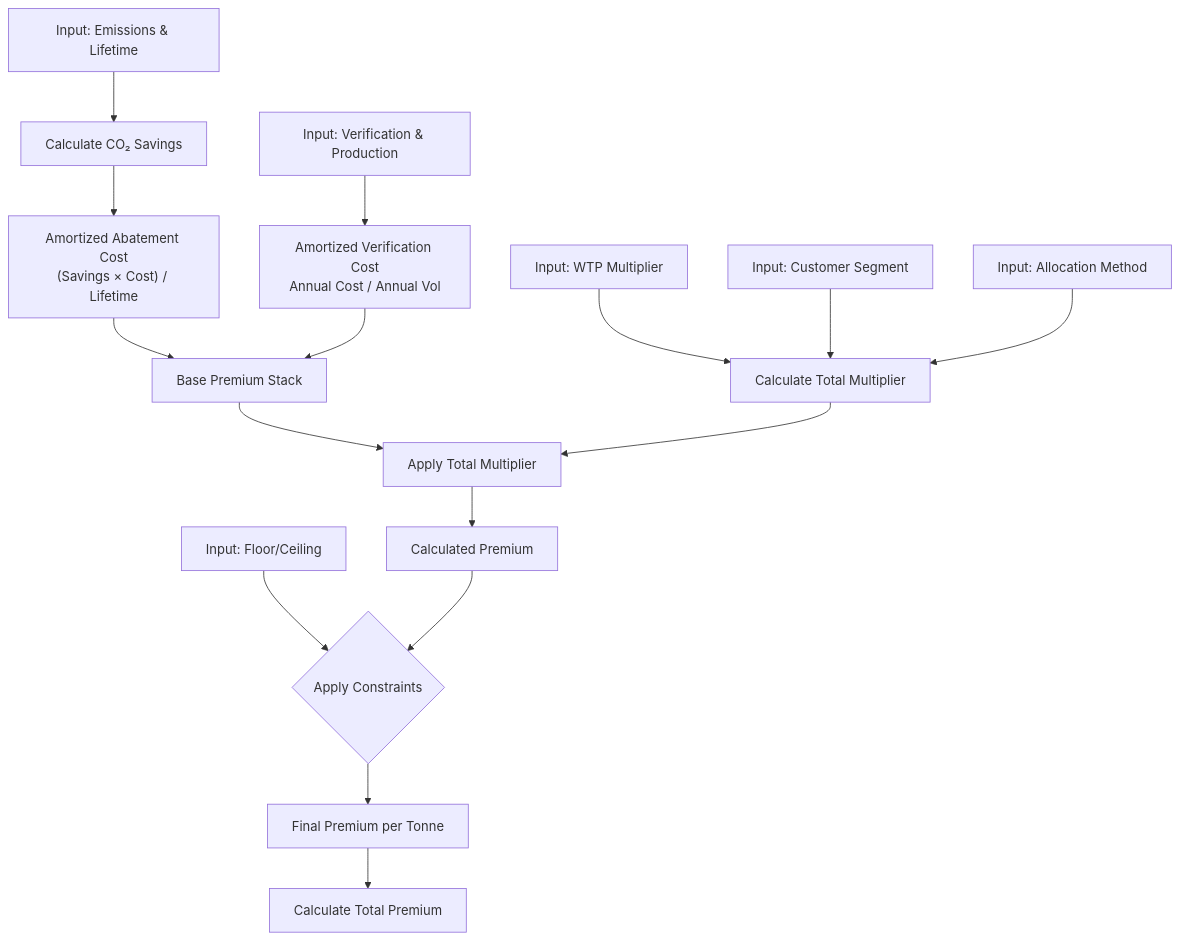
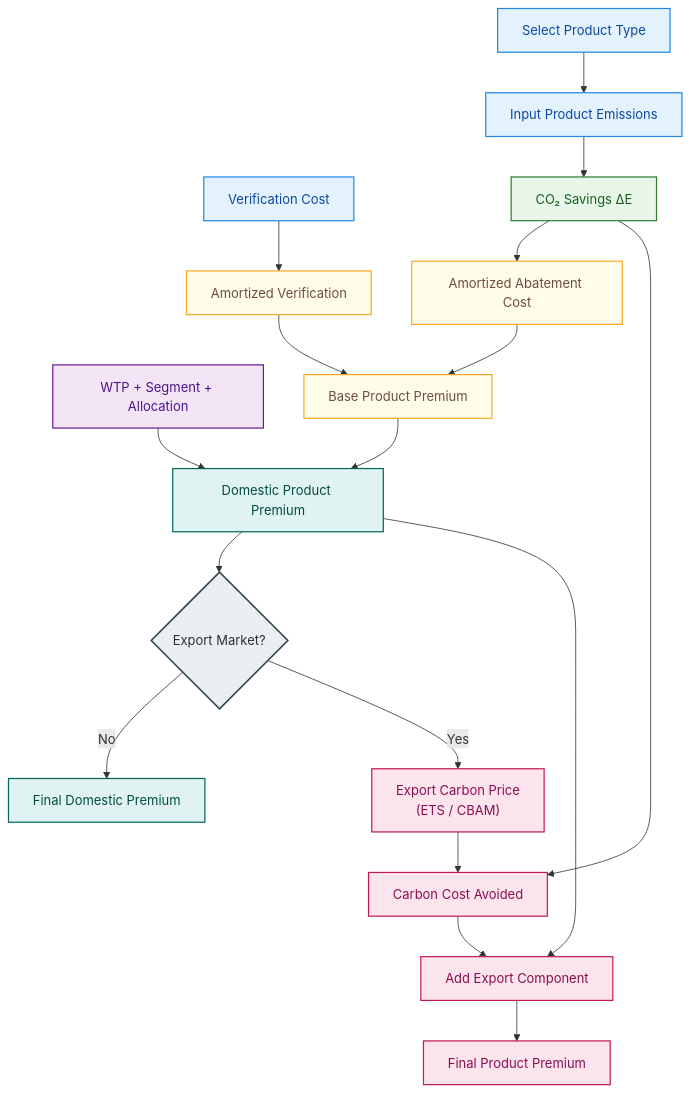
The diagram in README.md (junejakushal/bas-model), drawn with Mermaid before and after one commit. The commit also changed other lines of this file and 16 other files, not shown here.

Commit message:
updated algorithm to include the export market also

````diff
--- a/README.md
+++ b/README.md
@@ -89,25 +135,46 @@
 ```mermaid
 graph TD
-    A[Input: Emissions & Lifetime] --> B[Calculate CO₂ Savings]
-    B --> C["Amortized Abatement Cost<br/>(Savings × Cost) / Lifetime"]
-    
-    D[Input: Verification & Production] --> E[Amortized Verification Cost<br/>Annual Cost / Annual Vol]
-    
-    C --> F[Base Premium Stack]
-    E --> F
-    
-    G[Input: WTP Multiplier] --> J[Calculate Total Multiplier]
-    H[Input: Customer Segment] --> J
-    I[Input: Allocation Method] --> J
-    
-    F --> K[Apply Total Multiplier]
-    J --> K
-    
-    K --> L[Calculated Premium]
-    
-    M[Input: Floor/Ceiling] --> N{Apply Constraints}
-    L --> N
-    
-    N --> O[Final Premium per Tonne]
-    O --> P[Calculate Total Premium]
+
+%% =========================
+%% INPUT LAYER
+%% =========================
+A[Select Product Type]:::input --> B[Input Product Emissions]:::input
+E[Verification Cost]:::input --> F[Amortized Verification]:::cost
+H[WTP + Segment + Allocation]:::market --> I[Domestic Product Premium]:::domestic
+
+%% =========================
+%% EMISSIONS & COST CORE
+%% =========================
+B --> C[CO₂ Savings ΔE]:::calc
+C --> D[Amortized Abatement Cost]:::cost
+D --> G[Base Product Premium]:::cost
+F --> G
+
+%% =========================
+%% DOMESTIC PRICING
+%% =========================
+G --> I
+I --> J{Export Market?}:::decision
+
+%% =========================
+%% EXPORT EXTENSION
+%% =========================
+J -->|No| K[Final Domestic Premium]:::domestic
+J -->|Yes| L["Export Carbon Price<br/>(ETS / CBAM)"]:::export
+C --> M[Carbon Cost Avoided]:::export
+L --> M
+I --> N[Add Export Component]:::export
+M --> N
+N --> O[Final Product Premium]:::export
+
+%% =========================
+%% STYLES
+%% =========================
+classDef input fill:#E3F2FD,stroke:#1E88E5,stroke-width:1.5px,color:#0D47A1
+classDef calc fill:#E8F5E9,stroke:#2E7D32,stroke-width:1.5px,color:#1B5E20
+classDef cost fill:#FFFDE7,stroke:#F9A825,stroke-width:1.5px,color:#6D4C41
+classDef market fill:#F3E5F5,stroke:#6A1B9A,stroke-width:1.5px,color:#4A148C
+classDef domestic fill:#E0F2F1,stroke:#00695C,stroke-width:1.5px,color:#004D40
+classDef export fill:#FCE4EC,stroke:#C2185B,stroke-width:1.5px,color:#880E4F
+classDef decision fill:#ECEFF1,stroke:#37474F,stroke-width:2px,color:#263238
 ```
````
